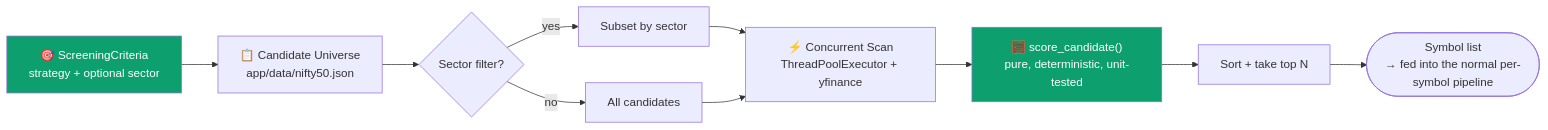
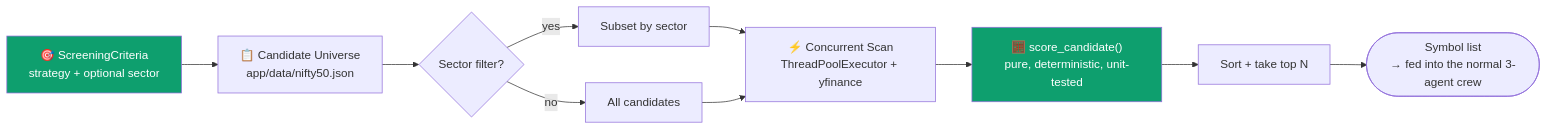
One commit to rooneyrulz/stock-research-agent-api changed the third of 3 diagrams in README.md. Above: the diagram before and after it, drawn with Mermaid. The commit also changed other lines of this file, not shown here.

````diff
--- a/README.md
+++ b/README.md
@@ -113,15 +136,15 @@
 ```mermaid
 flowchart LR
     Criteria["🎯 ScreeningCriteria<br/>strategy + optional sector"] --> Universe["📋 Candidate Universe<br/>app/data/nifty50.json"]
     Universe --> Filter{Sector filter?}
     Filter -->|yes| Sub["Subset by sector"]
     Filter -->|no| All["All candidates"]
     Sub --> Scan
     All --> Scan["⚡ Concurrent Scan<br/>ThreadPoolExecutor + yfinance"]
     Scan --> Score["🧮 score_candidate()<br/>pure, deterministic, unit-tested"]
     Score --> Rank["Sort + take top N"]
-    Rank --> Out(["Symbol list<br/>→ fed into the normal per-symbol pipeline"])
+    Rank --> Out(["Symbol list<br/>→ fed into the normal 3-agent crew"])
 
     style Criteria fill:#0E9F6E,color:#fff
     style Score fill:#0E9F6E,color:#fff
 ```
````
